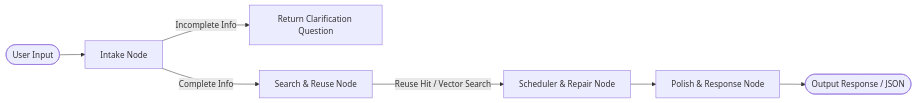
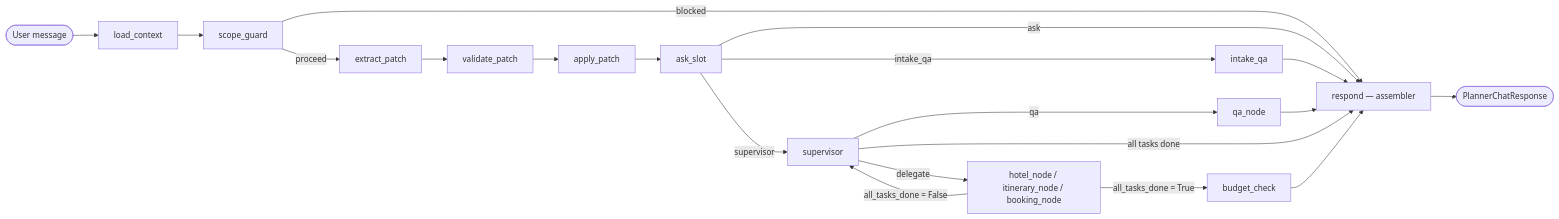
Before and after one commit to 0infinitive0/VSF-Intern-project: the second of 2 diagrams in ARCHITECTURE.md, drawn with Mermaid. The commit also changed other lines of this file and 33 other files, not shown here.

First line of the commit message:
feat: Implement reply contract and clean up graph plane

````diff
--- a/ARCHITECTURE.md
+++ b/ARCHITECTURE.md
@@ -114,9 +166,15 @@
 ```mermaid
 graph LR
-    START([User Input]) --> Intake[Intake Node]
-    Intake -->|Incomplete Info| AskUser[Return Clarification Question]
-    Intake -->|Complete Info| Retrieval[Search & Reuse Node]
-    Retrieval -->|Reuse Hit / Vector Search| Scheduler[Scheduler & Repair Node]
-    Scheduler --> Respond[Polish & Response Node]
-    Respond --> END([Output Response / JSON])
+    START([User message]) --> Load[load_context] --> Scope[scope_guard]
+    Scope -->|blocked| Respond
+    Scope -->|proceed| Extract[extract_patch] --> Validate[validate_patch] --> Apply[apply_patch] --> Ask[ask_slot]
+    Ask -->|ask| Respond
+    Ask -->|intake_qa| IntakeQA[intake_qa] --> Respond
+    Ask -->|supervisor| Sup[supervisor]
+    Sup -->|delegate| Worker[hotel_node / itinerary_node / booking_node]
+    Sup -->|qa| QA[qa_node] --> Respond
+    Sup -->|all tasks done| Respond
+    Worker -->|all_tasks_done = False| Sup
+    Worker -->|all_tasks_done = True| Budget[budget_check] --> Respond
+    Respond[respond — assembler] --> END([PlannerChatResponse])
 ```
````
